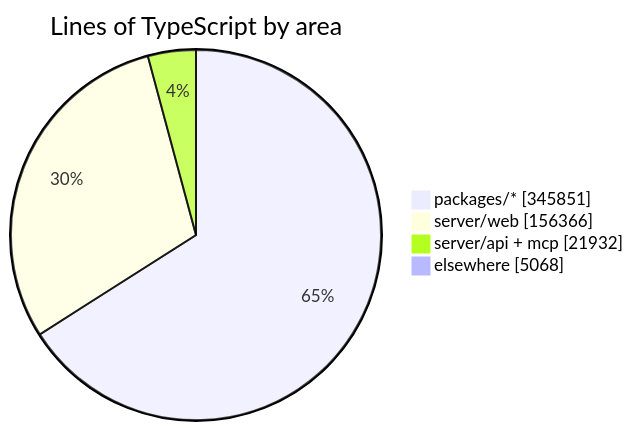
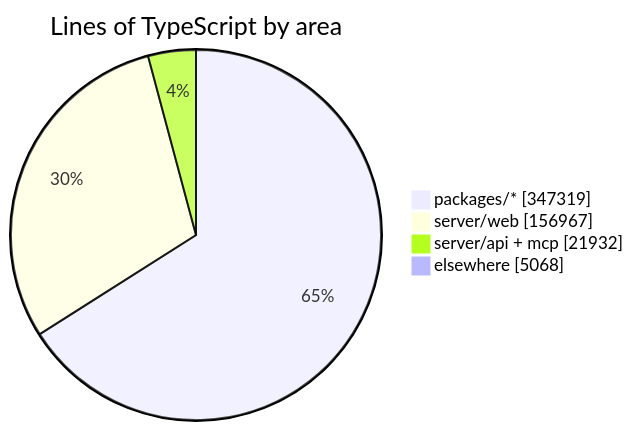
The diagram in README.md (crossworks-engineering/mantle), drawn with Mermaid before and after one commit. The commit also changed other lines of this file and 2 other files, not shown here.

````diff
--- a/README.md
+++ b/README.md
@@ -294,7 +294,7 @@
 ```mermaid
 pie showData title Lines of TypeScript by area
-    "packages/*" : 345851
-    "server/web" : 156366
+    "packages/*" : 347319
+    "server/web" : 156967
     "server/api + mcp" : 21932
     "elsewhere" : 5068
 ```
````
